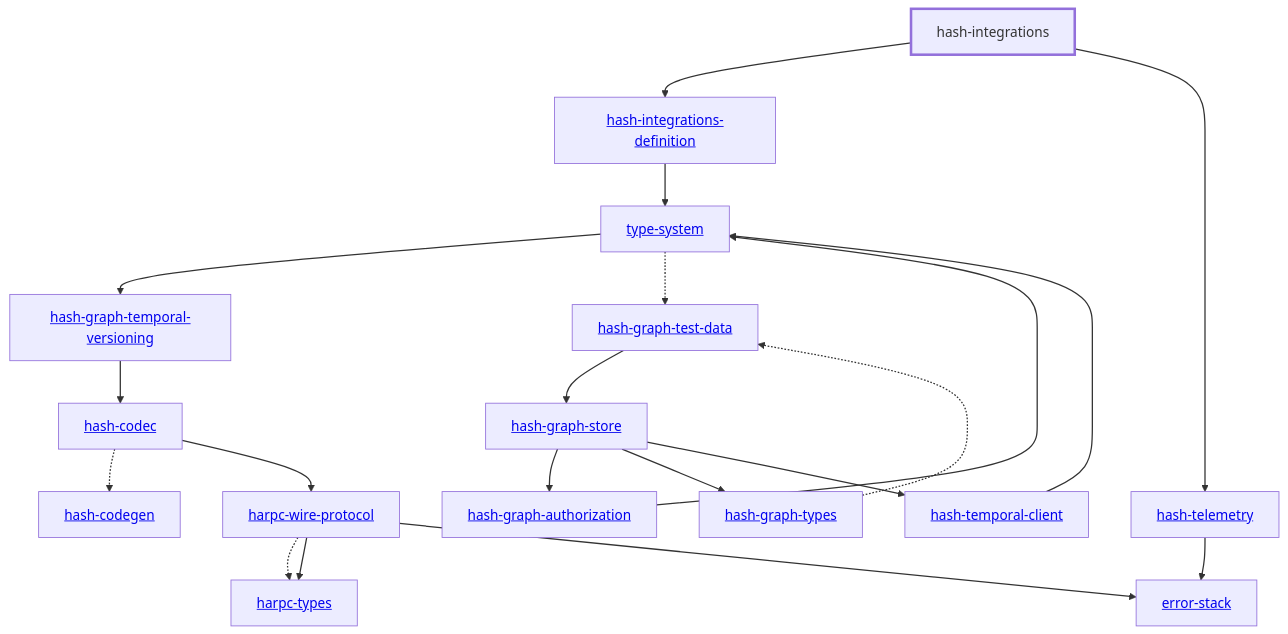
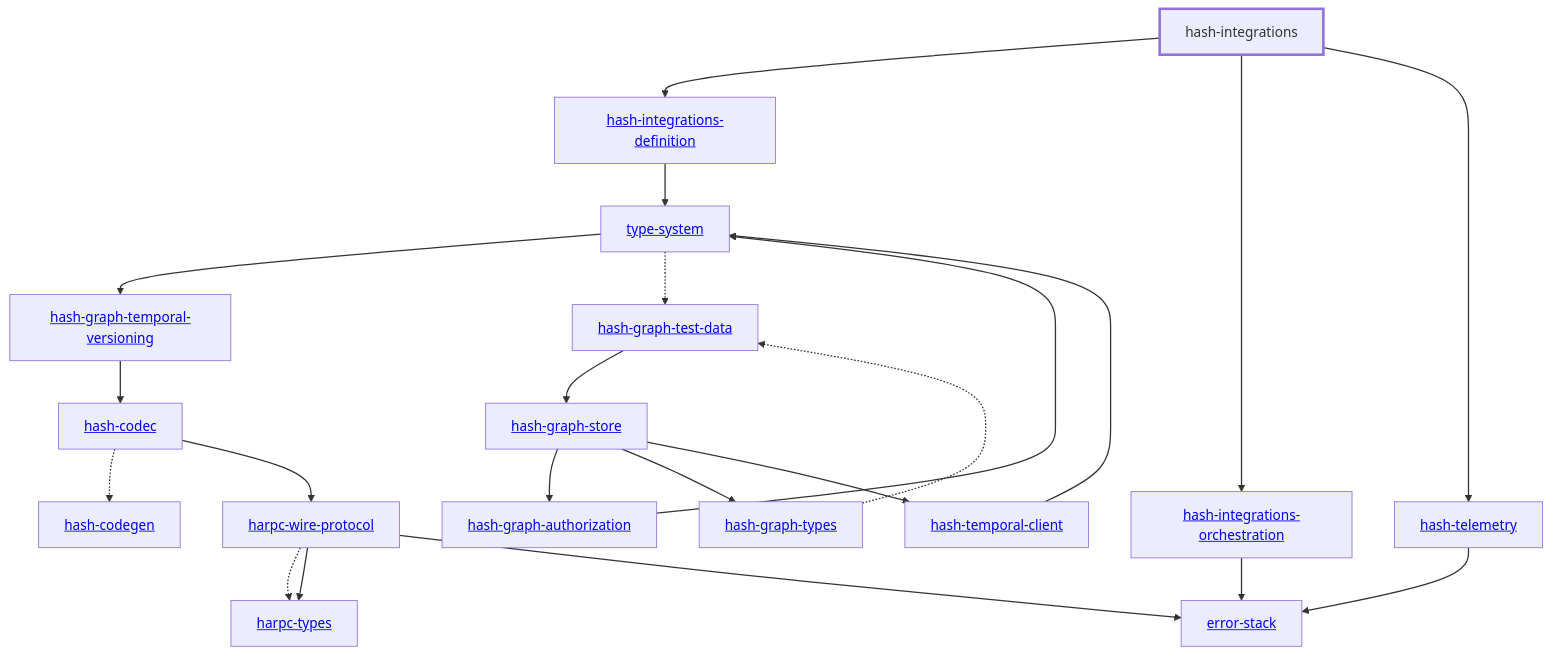
The diagram in apps/hash-integrations/docs/dependency-diagram.mmd (hashintel/hash), drawn with Mermaid before and after one commit. The commit also changed 5 other files, not shown here.

```diff
--- a/apps/hash-integrations/docs/dependency-diagram.mmd
+++ b/apps/hash-integrations/docs/dependency-diagram.mmd
@@ -1,45 +1,48 @@
 graph TD
     linkStyle default stroke-width:1.5px
     classDef default stroke-width:1px
     classDef root stroke-width:3px
     classDef dev stroke-width:1px
     classDef build stroke-width:1px
     %% Legend
     %% --> : Normal dependency
     %% -.-> : Dev dependency
     %% ---> : Build dependency
     0[hash-integrations]
     class 0 root
     1[<a href="../type_system/index.html">type-system</a>]
     2[<a href="../hash_codec/index.html">hash-codec</a>]
     3[<a href="../hash_codegen/index.html">hash-codegen</a>]
     4[<a href="../hash_graph_authorization/index.html">hash-graph-authorization</a>]
     5[<a href="../hash_graph_store/index.html">hash-graph-store</a>]
     6[<a href="../hash_graph_temporal_versioning/index.html">hash-graph-temporal-versioning</a>]
     7[<a href="../hash_graph_types/index.html">hash-graph-types</a>]
     8[<a href="../harpc_types/index.html">harpc-types</a>]
     9[<a href="../harpc_wire_protocol/index.html">harpc-wire-protocol</a>]
     10[<a href="../hash_integrations_definition/index.html">hash-integrations-definition</a>]
-    11[<a href="../hash_telemetry/index.html">hash-telemetry</a>]
-    12[<a href="../hash_temporal_client/index.html">hash-temporal-client</a>]
-    13[<a href="../error_stack/index.html">error-stack</a>]
-    14[<a href="../hash_graph_test_data/index.html">hash-graph-test-data</a>]
+    11[<a href="../hash_integrations_orchestration/index.html">hash-integrations-orchestration</a>]
+    12[<a href="../hash_telemetry/index.html">hash-telemetry</a>]
+    13[<a href="../hash_temporal_client/index.html">hash-temporal-client</a>]
+    14[<a href="../error_stack/index.html">error-stack</a>]
+    15[<a href="../hash_graph_test_data/index.html">hash-graph-test-data</a>]
     0 --> 10
     0 --> 11
+    0 --> 12
     1 --> 6
-    1 -.-> 14
+    1 -.-> 15
     2 -.-> 3
     2 --> 9
     4 --> 1
     5 --> 4
     5 --> 7
-    5 --> 12
+    5 --> 13
     6 --> 2
-    7 -.-> 14
+    7 -.-> 15
     9 -.-> 8
     9 --> 8
-    9 --> 13
+    9 --> 14
     10 --> 1
-    11 --> 13
-    12 --> 1
-    14 --> 5
+    11 --> 14
+    12 --> 14
+    13 --> 1
+    15 --> 5
```
